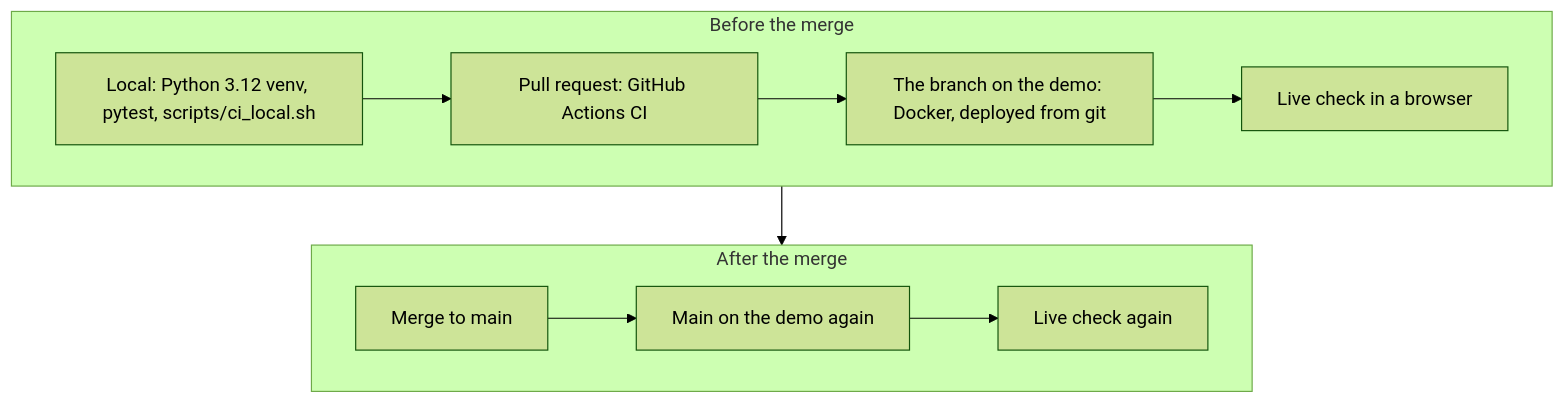
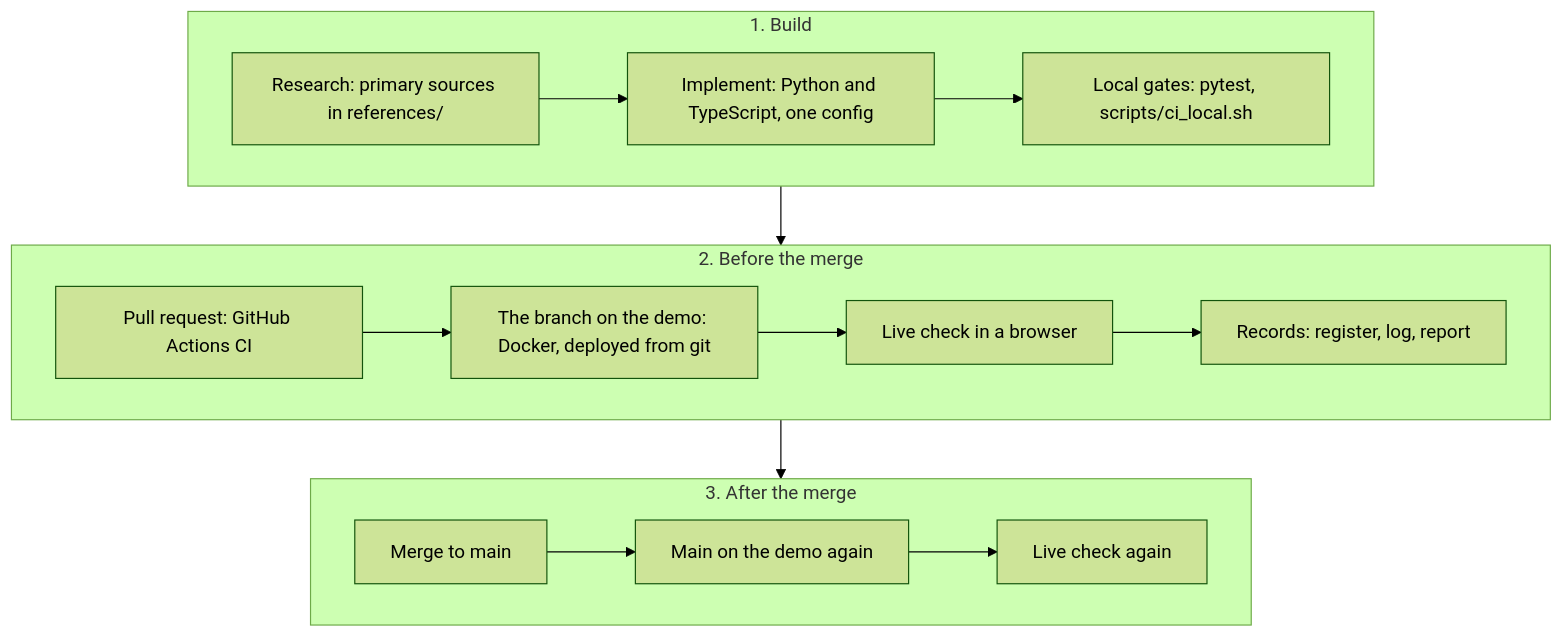
One commit to Quantum-Daemons/QSMPC-QKD-QHE-AI-Hybrid changed the tenth of 11 diagrams in README.md. Above: the diagram before and after it, drawn with Mermaid (forest theme). The commit also changed other lines of this file and 36 other files, not shown here.

````diff
--- a/README.md
+++ b/README.md
@@ -190,12 +377,16 @@
 ```mermaid
 flowchart TB
-  subgraph B1["Before the merge"]
+  subgraph W1["1. Build"]
     direction LR
-    L["Local: Python 3.12 venv, pytest, scripts/ci_local.sh"] --> PR["Pull request: GitHub Actions CI"] --> DB["The branch on the demo: Docker, deployed from git"] --> LB["Live check in a browser"]
+    RS["Research: primary sources in references/"] --> IM["Implement: Python and TypeScript, one config"] --> LG["Local gates: pytest, scripts/ci_local.sh"]
   end
-  subgraph B2["After the merge"]
+  subgraph W2["2. Before the merge"]
+    direction LR
+    PR["Pull request: GitHub Actions CI"] --> DB["The branch on the demo: Docker, deployed from git"] --> LB["Live check in a browser"] --> RC["Records: register, log, report"]
+  end
+  subgraph W3["3. After the merge"]
     direction LR
     MG["Merge to main"] --> DM["Main on the demo again"] --> LM["Live check again"]
   end
-  B1 --> B2
+  W1 --> W2 --> W3
 ```
````
